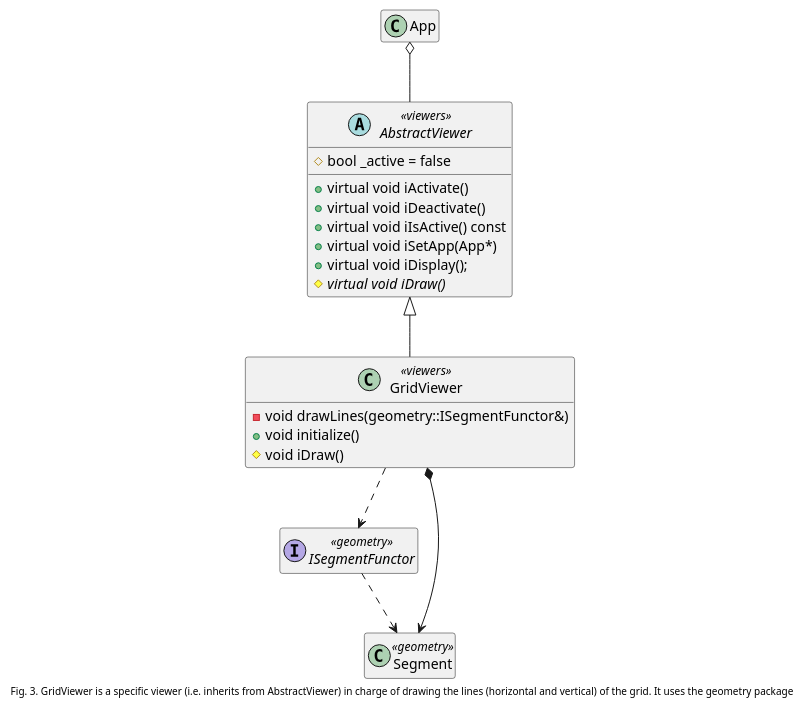
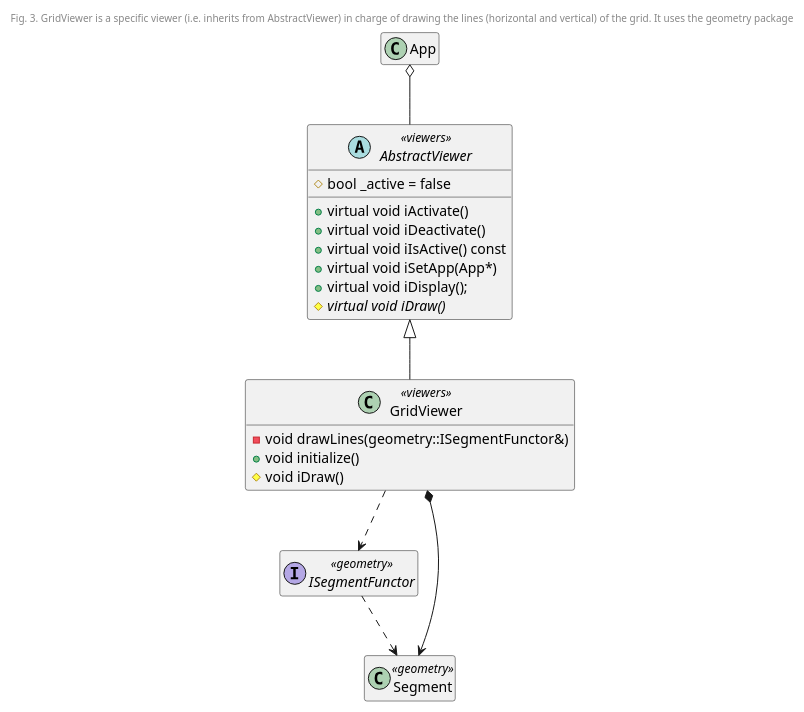
The third of 4 diagrams in _posts/modsim/2020-09-29-sfml-2d-grid.md (kanmeugne/kanmeugne.github.io), drawn with PlantUML before and after one commit. The commit also changed other lines of this file and 1 other file, not shown here.

```diff
--- a/_posts/modsim/2020-09-29-sfml-2d-grid.md
+++ b/_posts/modsim/2020-09-29-sfml-2d-grid.md
@@ -190,43 +190,43 @@
 {% plantuml %}
 @startuml
-caption
+header
 <size:10> Fig. 3. GridViewer is a specific viewer (i.e. inherits from AbstractViewer) in charge of drawing the lines (horizontal and vertical) of the grid. It uses the geometry package </size>
-end caption
+end header
 class App {
     + {static} const int DEFAULT_HEIGHT
     + {static} const int DEFAULT_WIDTH
     + {static} const int DEFAULT_RESX
     + {static} const int DEFAULT_RESY
     + void run()
     + void display()
 }
 abstract class AbstractViewer <<viewers>> {
     + virtual void iActivate()
     + virtual void iDeactivate()
     + virtual void iIsActive() const
     + virtual void iSetApp(App*)
     + virtual void iDisplay();
     # {abstract} virtual void iDraw()
     # bool _active = false
 }
 class GridViewer <<viewers>> extends AbstractViewer {
     - void drawLines(geometry::ISegmentFunctor&)
     + void initialize()
     # void iDraw()
 }
 interface ISegmentFunctor <<geometry>>
 class Segment <<geometry>>
 
 ISegmentFunctor ..> Segment
 App o-- AbstractViewer
 GridViewer ..> ISegmentFunctor
 GridViewer *--> Segment
 
 hide App members
 hide ISegmentFunctor members
 hide Segment members
 hide GridViewer fields
 
 @enduml
 
 {% endplantuml %}
```
